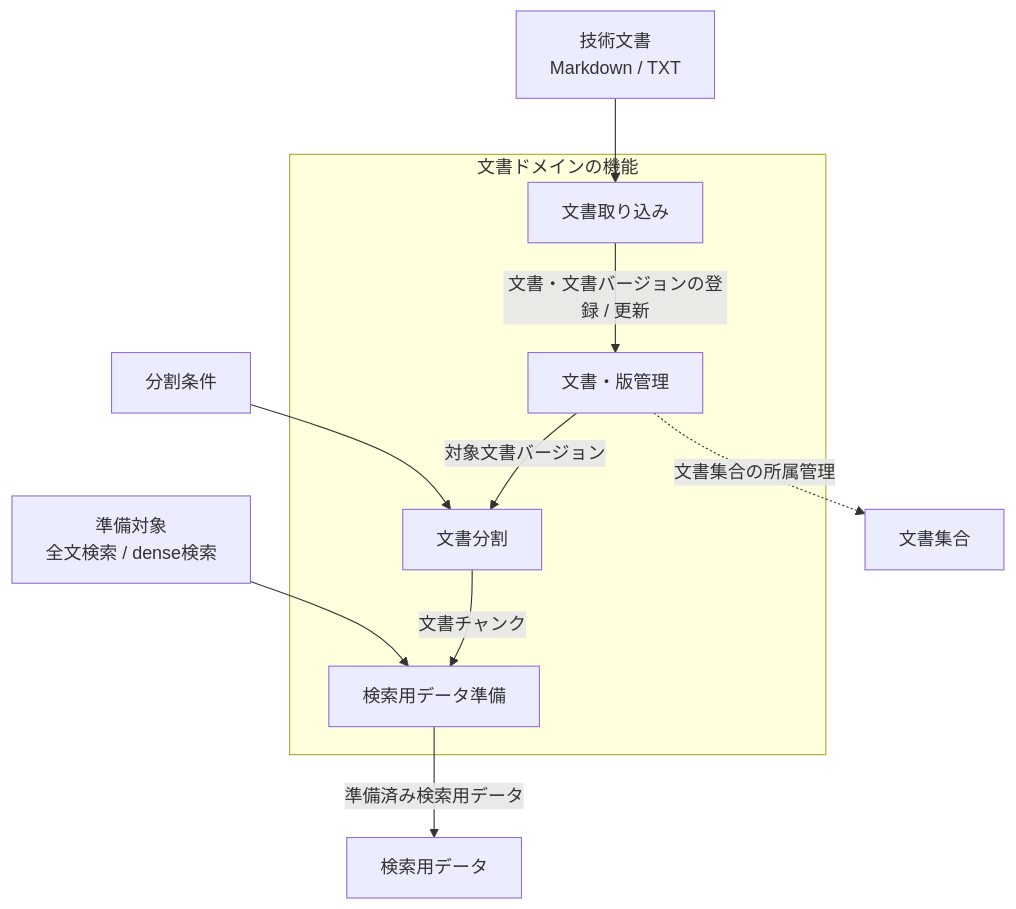
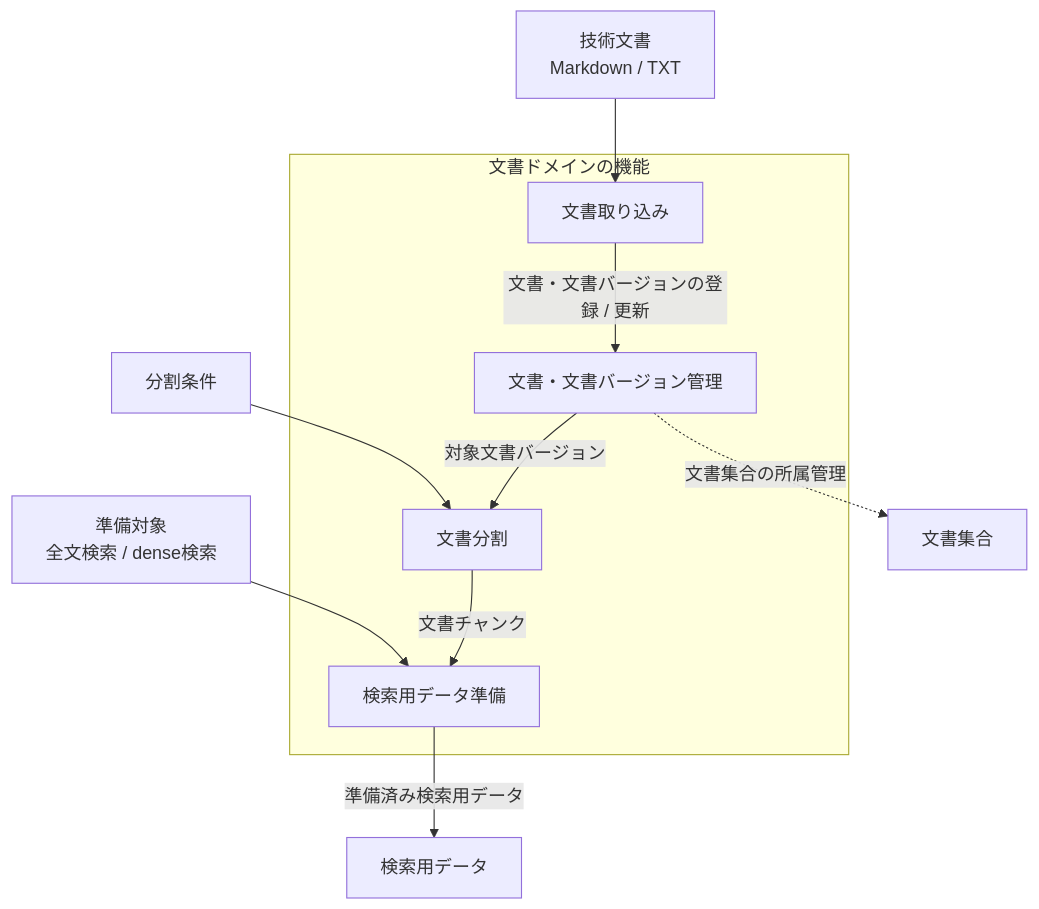
The diagram in project-docs/design/domains/documents/README.md (takashit16833/RAGScope), drawn with Mermaid before and after one commit. The commit also changed other lines of this file and 10 other files, not shown here.

````diff
--- a/project-docs/design/domains/documents/README.md
+++ b/project-docs/design/domains/documents/README.md
@@ -9,23 +9,23 @@
 ```mermaid
 flowchart TB
     Source["技術文書<br>Markdown / TXT"]
     SplitCondition["分割条件"]
     PrepareTarget["準備対象<br>全文検索 / dense検索"]
 
     subgraph Functions["文書ドメインの機能"]
         Ingest["文書取り込み"]
-        Manage["文書・版管理"]
+        Manage["文書・文書バージョン管理"]
         Split["文書分割"]
         Prepare["検索用データ準備"]
     end
 
     Source --> Ingest
     Ingest -->|"文書・文書バージョンの登録 / 更新"| Manage
     Manage -->|"対象文書バージョン"| Split
     SplitCondition --> Split
     Split -->|"文書チャンク"| Prepare
     PrepareTarget --> Prepare
     Prepare -->|"準備済み検索用データ"| SearchData["検索用データ"]
 
     Manage -.->|"文書集合の所属管理"| Collection["文書集合"]
 ```
````
